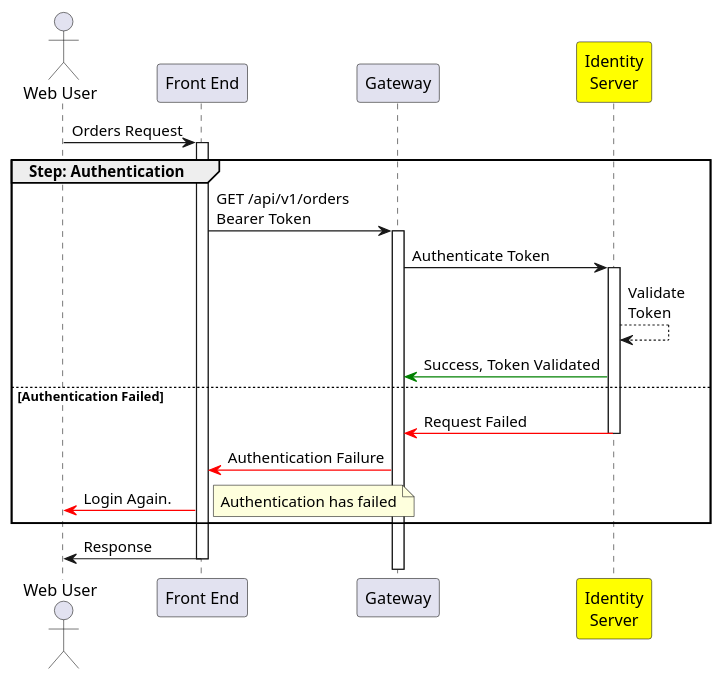
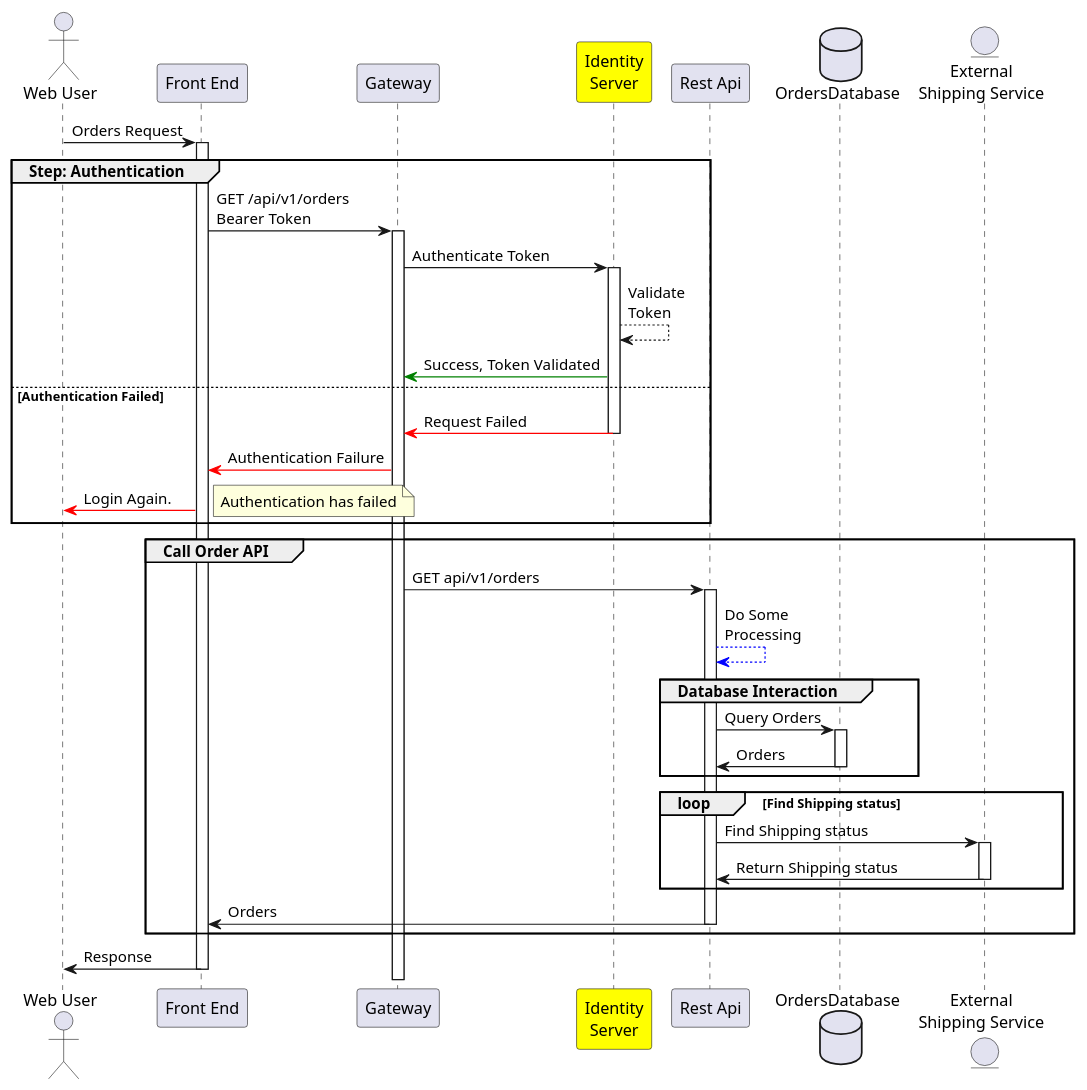
One commit to josephvt78/diagraming-learning changed the diagram in sequence_diag.wsd. Above: the diagram before and after it, drawn with PlantUML.

Commit message:
nested groups, database and external entities

```diff
--- a/sequence_diag.wsd
+++ b/sequence_diag.wsd
@@ -1,22 +1,42 @@
 @startuml my simple order request
 
 actor "Web User" as WebUser
 participant "Front End" as Portal
 participant Gateway
 participant "Identity\nServer" as IdentityServer #yellow
+participant "Rest Api" as RestApi
+database OrdersDatabase
+entity "External\nShipping Service" as ExternalShippingService
 
 WebUser -> Portal ++ : Orders Request
 group Step: Authentication
     Portal -> Gateway ++: GET /api/v1/orders\nBearer Token
     Gateway -> IdentityServer ++: Authenticate Token
     IdentityServer --> IdentityServer : Validate\nToken
     IdentityServer -[#green]> Gateway : Success, Token Validated
 else Authentication Failed
     IdentityServer -[#red]> Gateway --: Request Failed
     Gateway -[#red]> Portal : Authentication Failure
     Portal -[#red]> WebUser: Login Again.  
     note right : Authentication has failed  
 end
+
+group Call Order API
+    Gateway -> RestApi ++ : GET api/v1/orders
+    RestApi --[#blue]> RestApi : Do Some\nProcessing
+    group Database Interaction
+        RestApi -> OrdersDatabase ++ : Query Orders
+        OrdersDatabase -> RestApi -- : Orders
+    end
+    'loop
+    loop Find Shipping status
+        RestApi -> ExternalShippingService ++ : Find Shipping status
+        ExternalShippingService -> RestApi -- : Return Shipping status
+    end
+
+    RestApi -> Portal --: Orders
+end
+
 Portal -> WebUser --: Response
 
 @enduml
```
